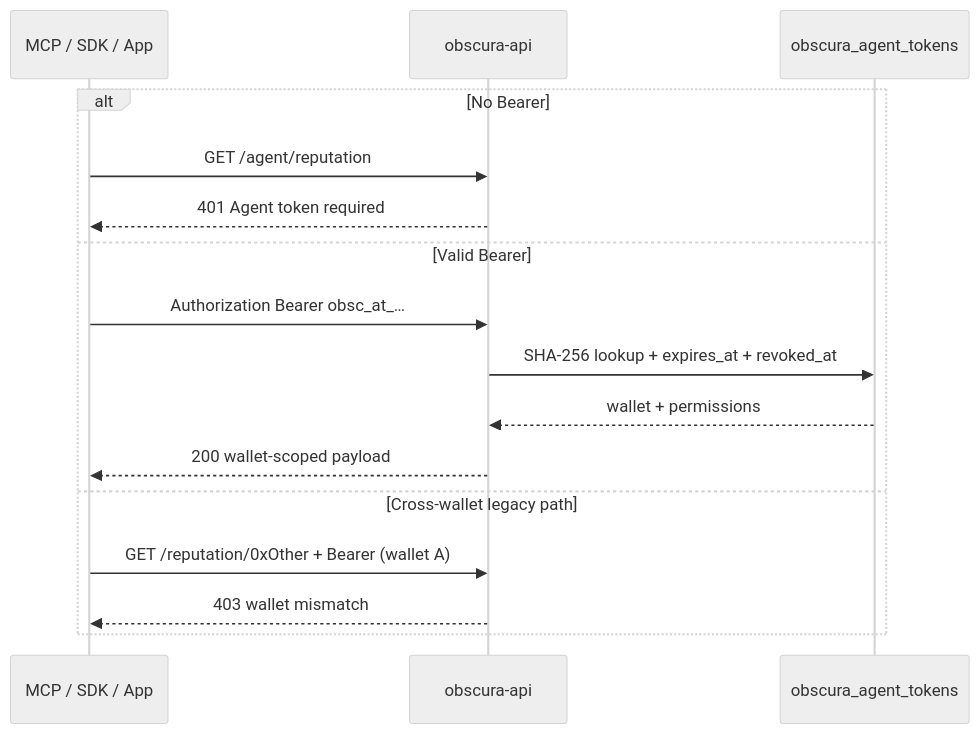
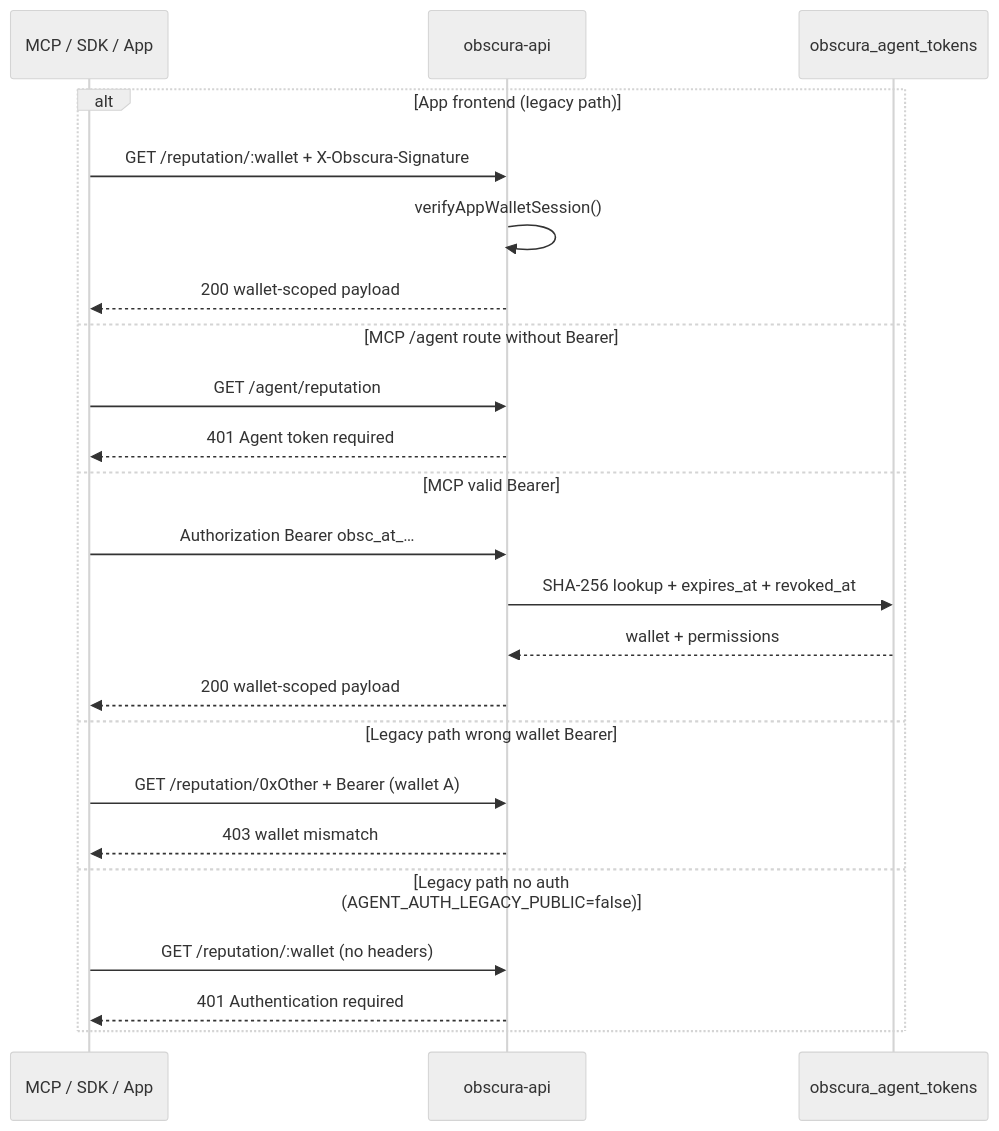
Diagram 30 of 31 in OBSCURA_PROTOCOL_ARCHITECTURE_v1.md (AhmedAmer72/OBSCURA), drawn with Mermaid (neutral theme) before and after one commit. The commit also changed other lines of this file and 21 other files, not shown here.

````diff
--- a/OBSCURA_PROTOCOL_ARCHITECTURE_v1.md
+++ b/OBSCURA_PROTOCOL_ARCHITECTURE_v1.md
@@ -3121,19 +3140,26 @@
 ```mermaid
 sequenceDiagram
   participant Client as MCP / SDK / App
   participant API as obscura-api
   participant DB as obscura_agent_tokens
 
-  alt No Bearer
+  alt App frontend (legacy path)
+    Client->>API: GET /reputation/:wallet + X-Obscura-Signature
+    API->>API: verifyAppWalletSession()
+    API-->>Client: 200 wallet-scoped payload
+  else MCP /agent route without Bearer
     Client->>API: GET /agent/reputation
     API-->>Client: 401 Agent token required
-  else Valid Bearer
+  else MCP valid Bearer
     Client->>API: Authorization Bearer obsc_at_…
     API->>DB: SHA-256 lookup + expires_at + revoked_at
     DB-->>API: wallet + permissions
     API-->>Client: 200 wallet-scoped payload
-  else Cross-wallet legacy path
+  else Legacy path wrong wallet Bearer
     Client->>API: GET /reputation/0xOther + Bearer (wallet A)
     API-->>Client: 403 wallet mismatch
+  else Legacy path no auth (AGENT_AUTH_LEGACY_PUBLIC=false)
+    Client->>API: GET /reputation/:wallet (no headers)
+    API-->>Client: 401 Authentication required
   end
 ```
````
